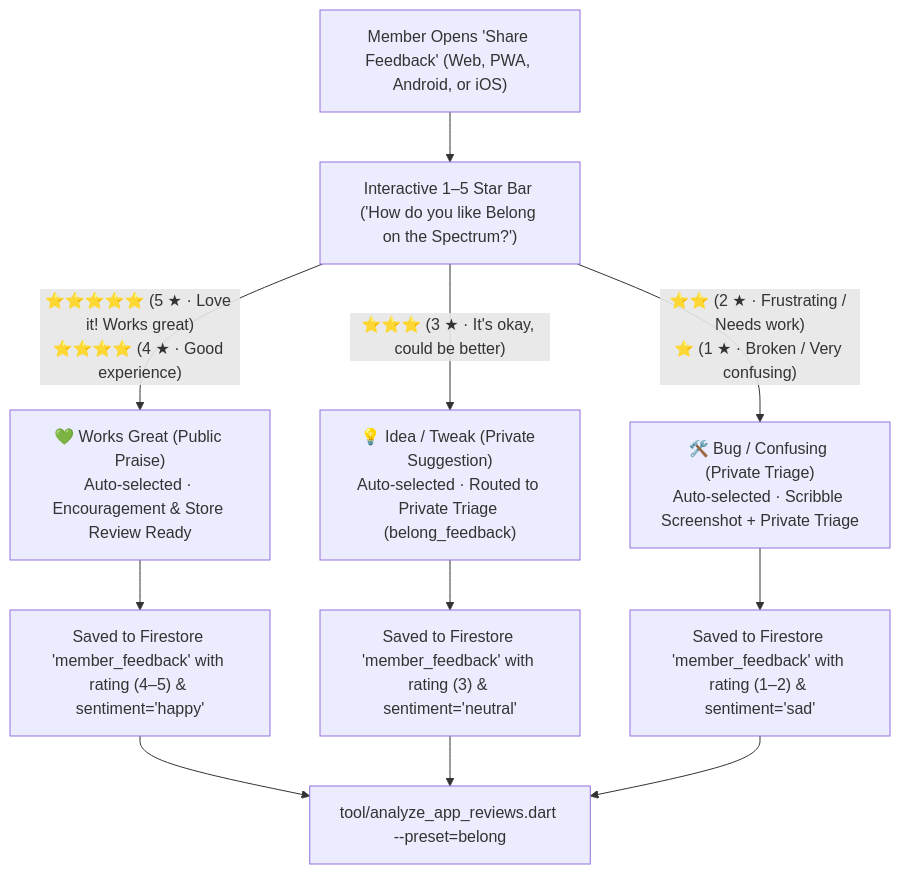
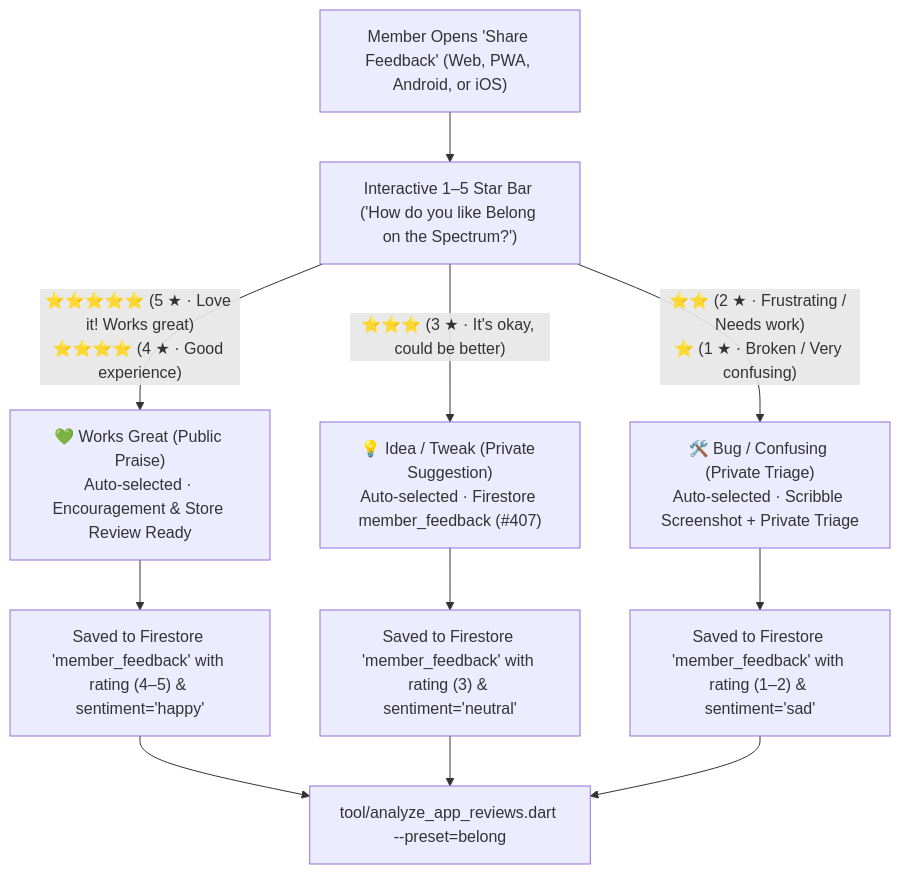
One commit to neiljaywarner/refuge changed the diagram in docs/wiki/App-Review-Sentiment-Audit-and-Action-Plan.md. Above: the diagram before and after it, drawn with Mermaid. The commit also changed other lines of this file and 28 other files, not shown here.

````diff
--- a/docs/wiki/App-Review-Sentiment-Audit-and-Action-Plan.md
+++ b/docs/wiki/App-Review-Sentiment-Audit-and-Action-Plan.md
@@ -67,18 +67,18 @@
 ```mermaid
 flowchart TD
     User["Member Opens 'Share Feedback' (Web, PWA, Android, or iOS)"]
     StarBar["Interactive 1–5 Star Bar ('How do you like Belong on the Spectrum?')"]
     User --> StarBar
 
     StarBar -->|"⭐⭐⭐⭐⭐ (5 ★ · Love it! Works great)\n⭐⭐⭐⭐ (4 ★ · Good experience)"| Happy["💚 Works Great (Public Praise)\nAuto-selected · Encouragement & Store Review Ready"]
-    StarBar -->|"⭐⭐⭐ (3 ★ · It's okay, could be better)"| Neutral["💡 Idea / Tweak (Private Suggestion)\nAuto-selected · Routed to Private Triage (belong_feedback)"]
+    StarBar -->|"⭐⭐⭐ (3 ★ · It's okay, could be better)"| Neutral["💡 Idea / Tweak (Private Suggestion)\nAuto-selected · Firestore member_feedback (#407)"]
     StarBar -->|"⭐⭐ (2 ★ · Frustrating / Needs work)\n⭐ (1 ★ · Broken / Very confusing)"| Sad["🛠️ Bug / Confusing (Private Triage)\nAuto-selected · Scribble Screenshot + Private Triage"]
 
     Happy --> Store["Saved to Firestore 'member_feedback' with rating (4–5) & sentiment='happy'"]
     Neutral --> Store2["Saved to Firestore 'member_feedback' with rating (3) & sentiment='neutral'"]
     Sad --> Store3["Saved to Firestore 'member_feedback' with rating (1–2) & sentiment='sad'"]
 
     Store --> Auditor["tool/analyze_app_reviews.dart --preset=belong"]
     Store2 --> Auditor
     Store3 --> Auditor
 ```
````
